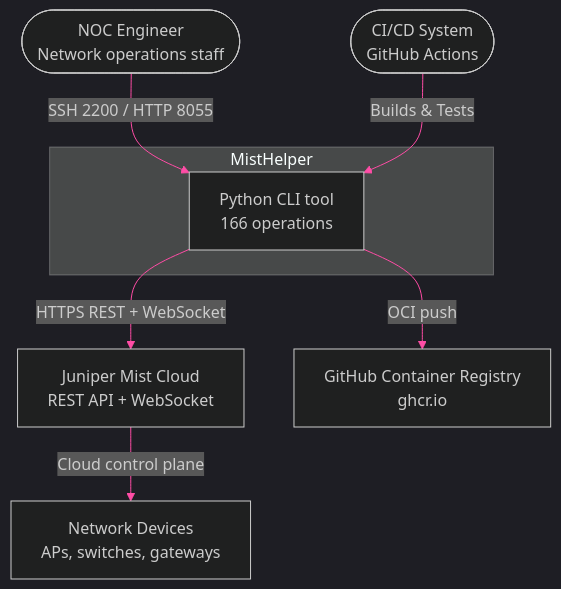
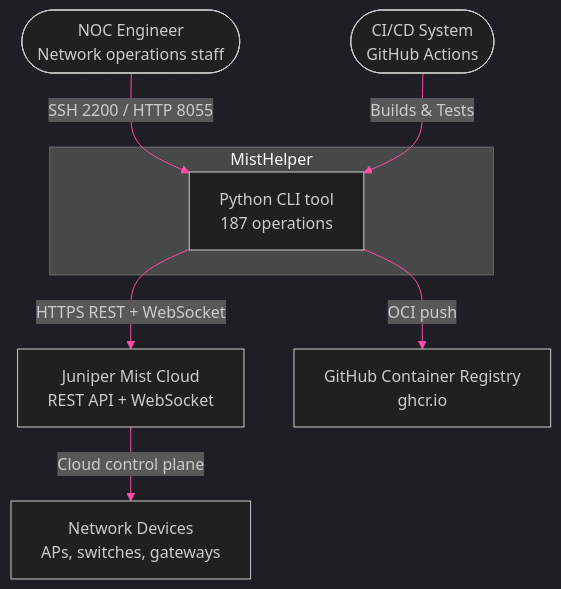
The first of 2 diagrams in documentation/diagrams/core/architecture-overview.md (jmorrison-juniper/MistHelper), drawn with Mermaid before and after one commit. The commit also changed 3 other files, not shown here.

First line of the commit message:
chore(docs): update diagram suite for 187-op count and new destructive range

````diff
--- a/documentation/diagrams/core/architecture-overview.md
+++ b/documentation/diagrams/core/architecture-overview.md
@@ -11,28 +11,28 @@
 ```mermaid
 %%{init: {'theme': 'dark', 'themeVariables': {
   'primaryColor': '#E20074',
   'primaryTextColor': '#E0E0E0',
   'primaryBorderColor': '#99004D',
   'lineColor': '#FF4DA6',
   'secondaryColor': '#16213E',
   'tertiaryColor': '#1A1A2E',
   'fontFamily': 'ui-monospace, monospace'
 }}}%%
 flowchart TB
     noc_engineer(["NOC Engineer<br/>Network operations staff"])
     ci_system(["CI/CD System<br/>GitHub Actions"])
 
     subgraph misthelper["MistHelper"]
-        mh["Python CLI tool<br/>166 operations"]
+        mh["Python CLI tool<br/>187 operations"]
     end
 
     mist_cloud["Juniper Mist Cloud<br/>REST API + WebSocket"]
     ghcr["GitHub Container Registry<br/>ghcr.io"]
     network_devices["Network Devices<br/>APs, switches, gateways"]
 
     noc_engineer -->|"SSH 2200 / HTTP 8055"| mh
     ci_system -->|"Builds & Tests"| mh
     mh -->|"HTTPS REST + WebSocket"| mist_cloud
     mh -->|"OCI push"| ghcr
     mist_cloud -->|"Cloud control plane"| network_devices
 ```
````
